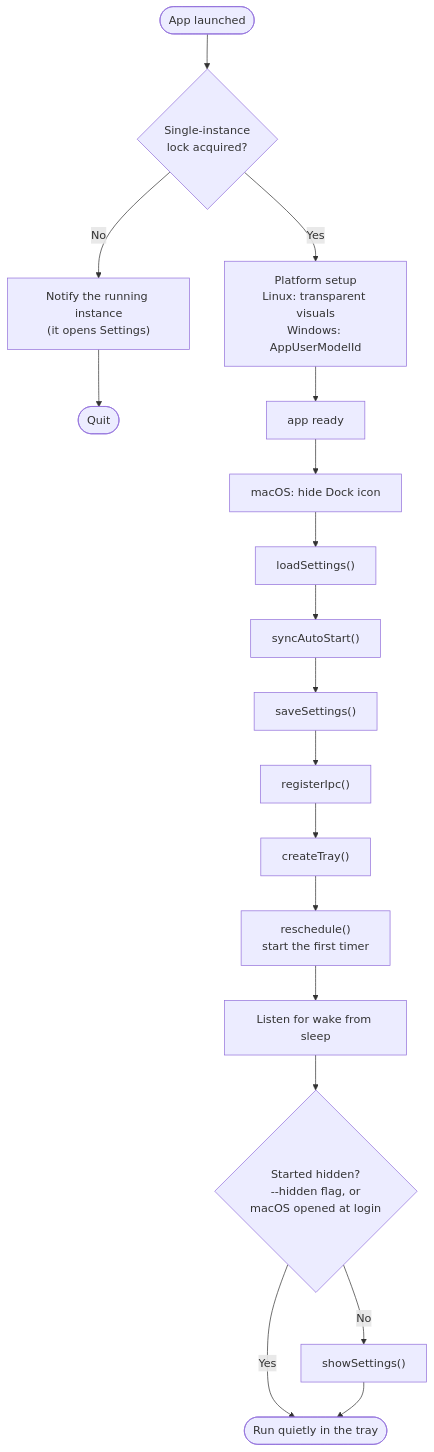
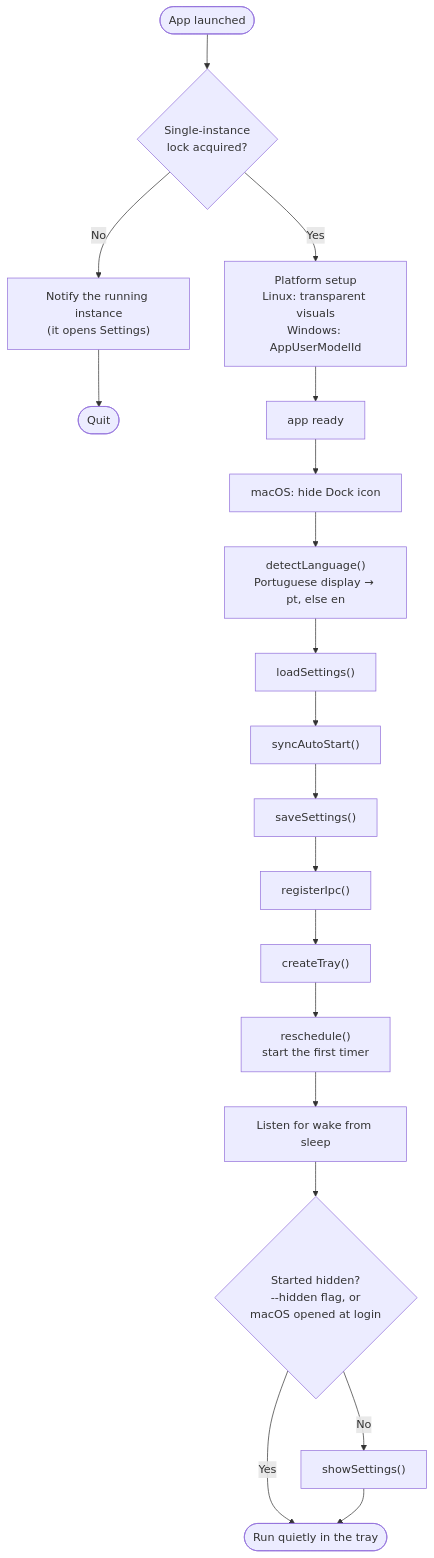
Before and after one commit to eduardosch/water-reminder: the second of 13 diagrams in docs/workflow.md, drawn with Mermaid. The commit also changed other lines of this file and 11 other files, not shown here.

````diff
--- a/docs/workflow.md
+++ b/docs/workflow.md
@@ -92,18 +93,19 @@
 ```mermaid
 flowchart TD
   A(["App launched"]) --> B{"Single-instance<br/>lock acquired?"}
   B -- "No" --> B1["Notify the running instance<br/>(it opens Settings)"] --> B2(["Quit"])
   B -- "Yes" --> C["Platform setup<br/>Linux: transparent visuals<br/>Windows: AppUserModelId"]
   C --> D["app ready"]
   D --> E["macOS: hide Dock icon"]
-  E --> F["loadSettings()"]
+  E --> E2["detectLanguage()<br/>Portuguese display → pt, else en"]
+  E2 --> F["loadSettings()"]
   F --> G["syncAutoStart()"]
   G --> H["saveSettings()"]
   H --> I["registerIpc()"]
   I --> J["createTray()"]
   J --> K["reschedule()<br/>start the first timer"]
   K --> L["Listen for wake from sleep"]
   L --> M{"Started hidden?<br/>--hidden flag, or<br/>macOS opened at login"}
   M -- "Yes" --> N(["Run quietly in the tray"])
   M -- "No" --> O["showSettings()"] --> N
 ```
````
